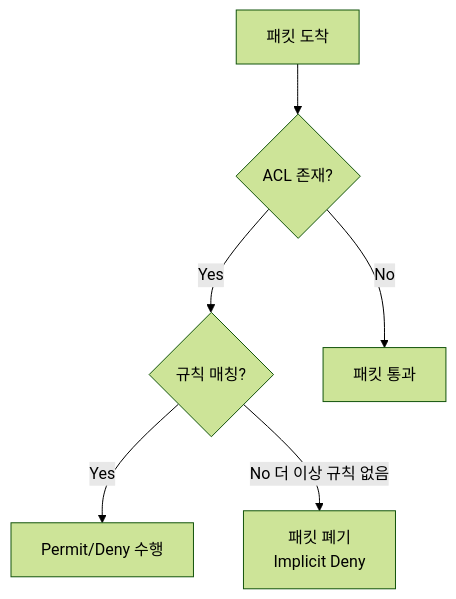
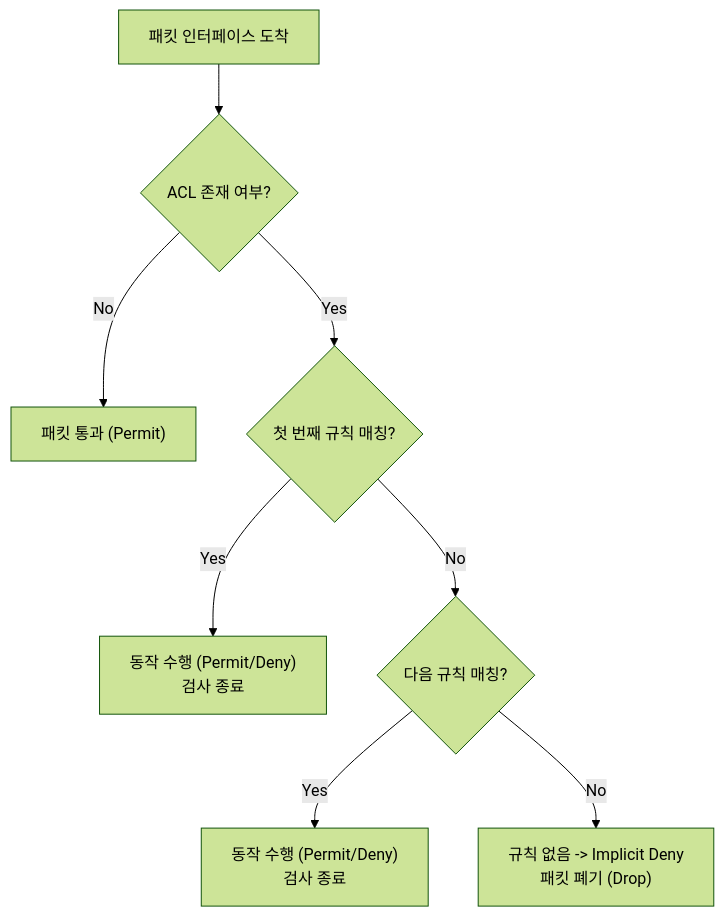
The diagram in _posts/network/2025-07-24-ACL_study.md (HamaPr/HamaPr.github.io), drawn with Mermaid (forest theme) before and after one commit. The commit also changed other lines of this file and 94 other files, not shown here.

````diff
--- a/_posts/network/2025-07-24-ACL_study.md
+++ b/_posts/network/2025-07-24-ACL_study.md
@@ -29,15 +28,10 @@
 ```mermaid
-flowchart TB
-    PKT["패킷 도착"]
-    ACL{"ACL 존재?"}
-    MATCH{"규칙 매칭?"}
-    ACTION["Permit/Deny 수행"]
-    PASS["패킷 통과"]
-    DROP["패킷 폐기<br>Implicit Deny"]
-    
-    PKT --> ACL
-    ACL -->|No| PASS
-    ACL -->|Yes| MATCH
-    MATCH -->|Yes| ACTION
-    MATCH -->|No 더 이상 규칙 없음| DROP
+flowchart TD
+    PKT["패킷 인터페이스 도착"] --> ACL{"ACL 존재 여부?"}
+    ACL -- No --> ALLOW["패킷 통과 (Permit)"]
+    ACL -- Yes --> RULE1{"첫 번째 규칙 매칭?"}
+    RULE1 -- Yes --> ACTION1["동작 수행 (Permit/Deny) <br>검사 종료"]
+    RULE1 -- No --> RULE2{"다음 규칙 매칭?"}
+    RULE2 -- Yes --> ACTION2["동작 수행 (Permit/Deny) <br>검사 종료"]
+    RULE2 -- No --> IMPLICIT_DENY["규칙 없음 -> Implicit Deny <br>패킷 폐기 (Drop)"]
 ```
````
